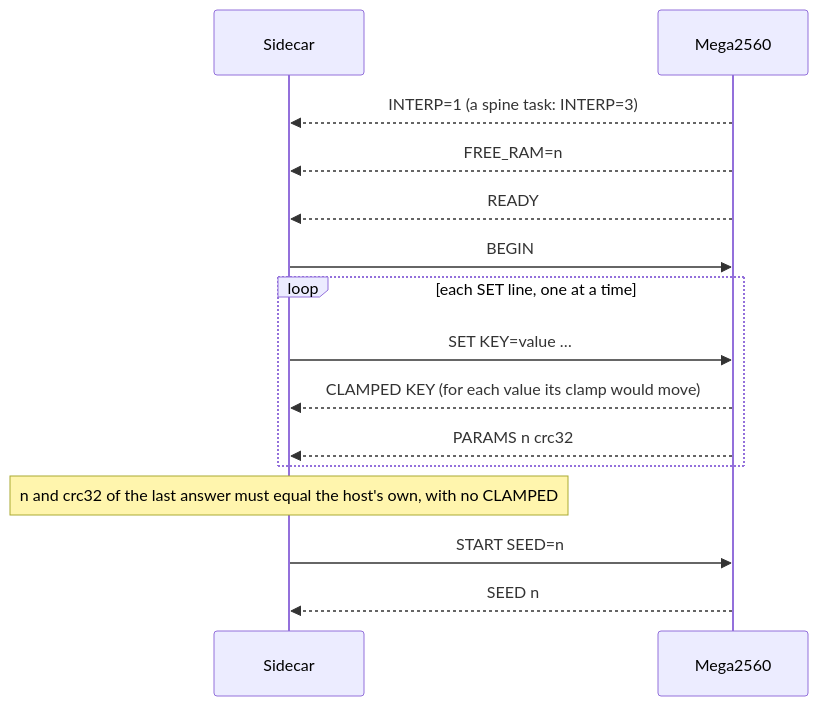
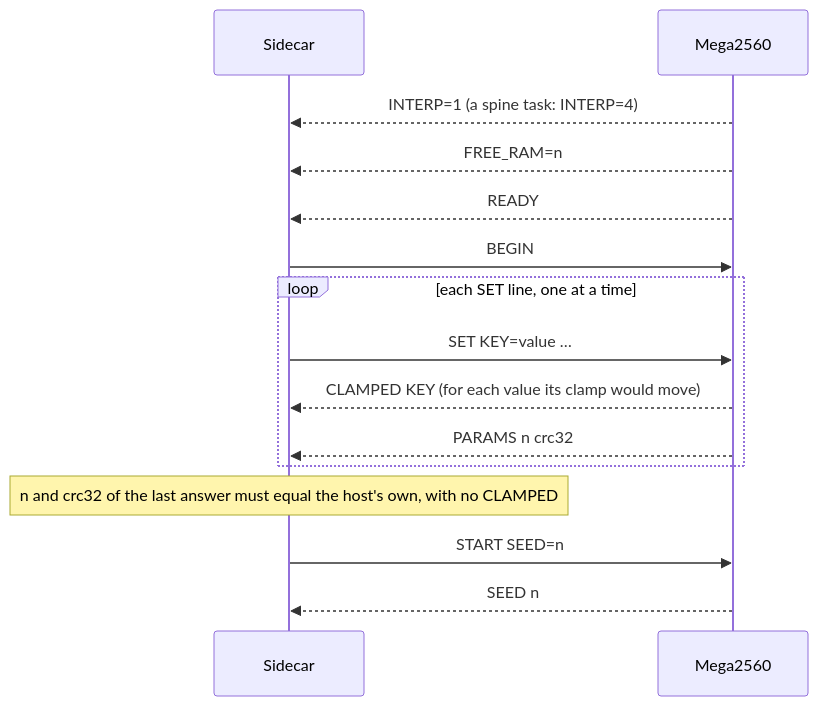
The sixth of 7 diagrams in docs/TASKS.md (Chase-NJ/Ephymeris), drawn with Mermaid before and after one commit. The commit also changed other lines of this file and 30 other files, not shown here.

````diff
--- a/docs/TASKS.md
+++ b/docs/TASKS.md
@@ -1120,17 +1151,17 @@
 ```mermaid
 sequenceDiagram
     participant Host as Sidecar
     participant Board as Mega2560
-    Board-->>Host: INTERP=1 (a spine task: INTERP=3)
+    Board-->>Host: INTERP=1 (a spine task: INTERP=4)
     Board-->>Host: FREE_RAM=n
     Board-->>Host: READY
     Host->>Board: BEGIN
     loop each SET line, one at a time
         Host->>Board: SET KEY=value …
         Board-->>Host: CLAMPED KEY (for each value its clamp would move)
         Board-->>Host: PARAMS n crc32
     end
     Note over Host: n and crc32 of the last answer must equal the host's own, with no CLAMPED
     Host->>Board: START SEED=n
     Board-->>Host: SEED n
 ```
````
